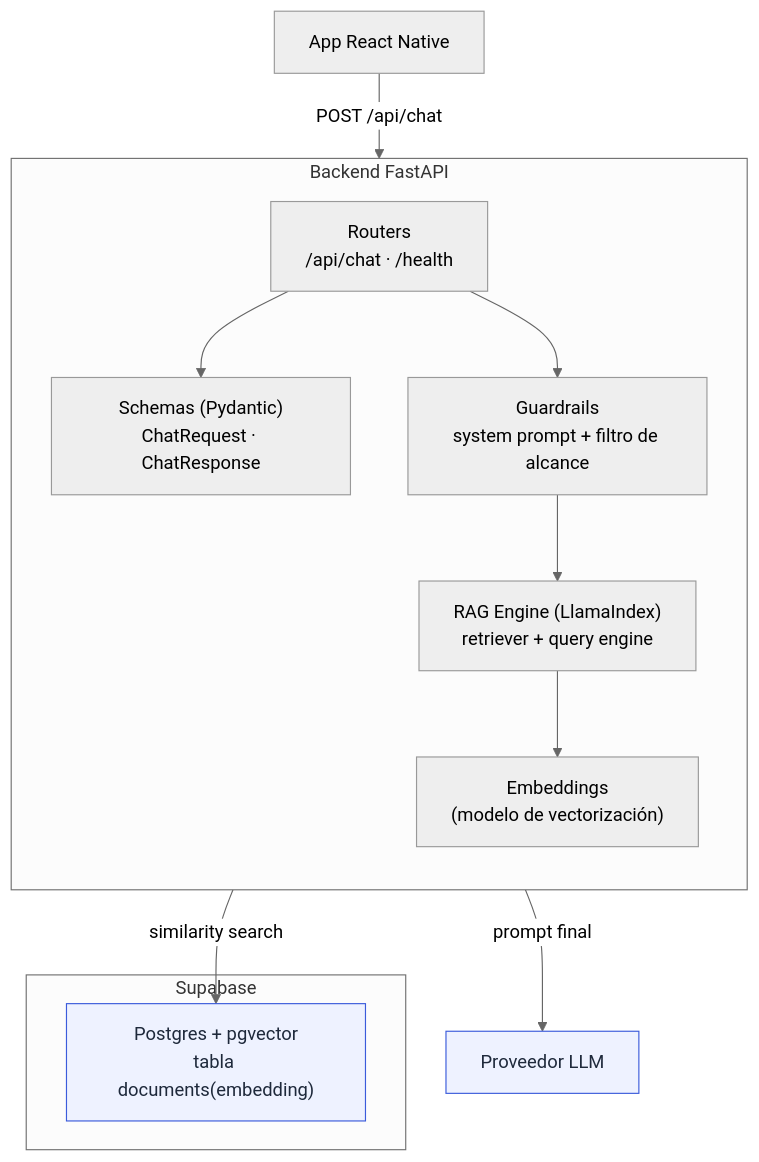
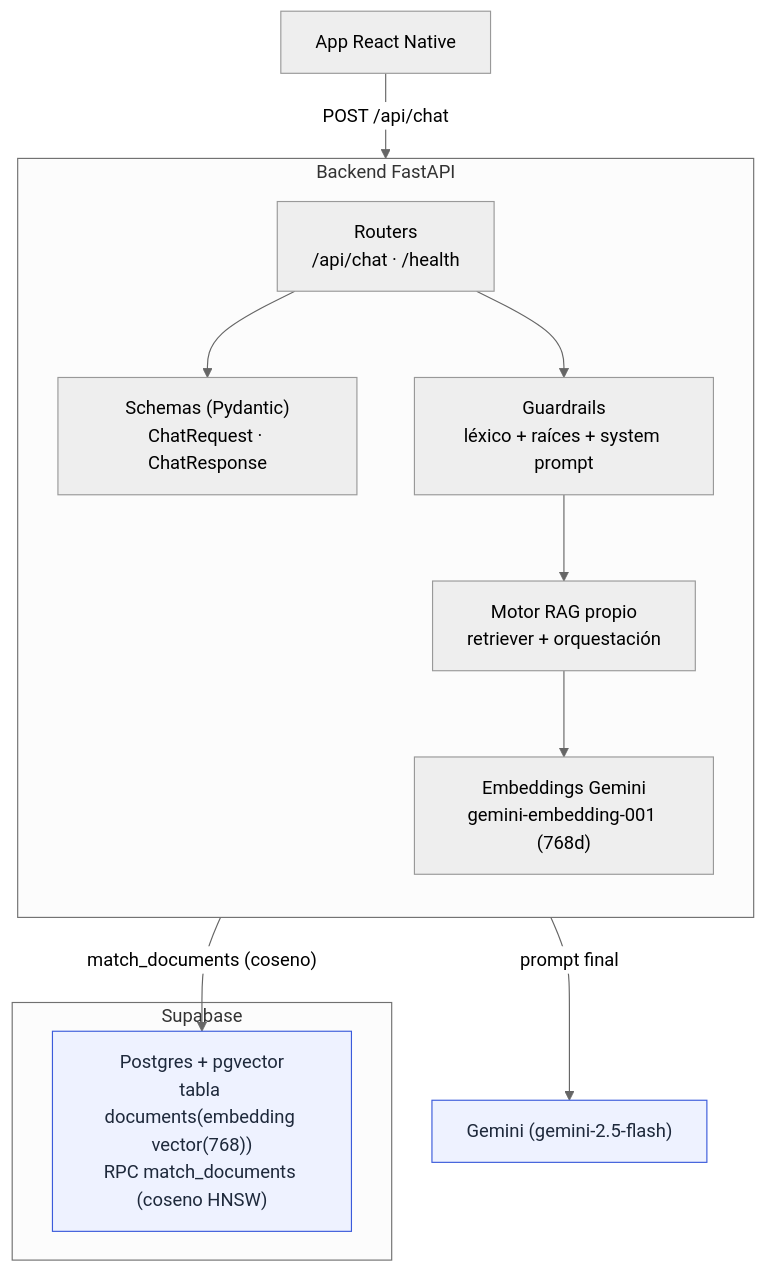
The second of 6 diagrams in documents/03-backend-rag.md (frank777ch/OndeSanMarcos), drawn with Mermaid (neutral theme) before and after one commit. The commit also changed other lines of this file, not shown here.

Commit message:
docs: refresh backend/RAG doc to real pipeline (Gemini + pgvector, own engine)

````diff
--- a/documents/03-backend-rag.md
+++ b/documents/03-backend-rag.md
@@ -32,28 +32,28 @@
 ```mermaid
 graph TD
     subgraph fastapi["Backend FastAPI"]
         direction TB
         router["Routers<br/>/api/chat · /health"]
         schema["Schemas (Pydantic)<br/>ChatRequest · ChatResponse"]
-        guard["Guardrails<br/>system prompt + filtro de alcance"]
-        engine["RAG Engine (LlamaIndex)<br/>retriever + query engine"]
-        embed["Embeddings<br/>(modelo de vectorización)"]
+        guard["Guardrails<br/>léxico + raíces + system prompt"]
+        engine["Motor RAG propio<br/>retriever + orquestación"]
+        embed["Embeddings Gemini<br/>gemini-embedding-001 (768d)"]
         router --> schema
         router --> guard
         guard --> engine
         engine --> embed
     end
 
     subgraph supa["Supabase"]
-        vstore["Postgres + pgvector<br/>tabla documents(embedding)"]
+        vstore["Postgres + pgvector<br/>tabla documents(embedding vector(768))<br/>RPC match_documents (coseno HNSW)"]
     end
 
-    llm["Proveedor LLM"]
+    llm["Gemini (gemini-2.5-flash)"]
 
-    engine -->|"similarity search"| vstore
+    engine -->|"match_documents (coseno)"| vstore
     engine -->|"prompt final"| llm
     client["App React Native"] -->|"POST /api/chat"| router
 
     classDef ext fill:#eef2ff,stroke:#3b5bdb,color:#1e293b;
     class vstore,llm ext;
 ```
````
